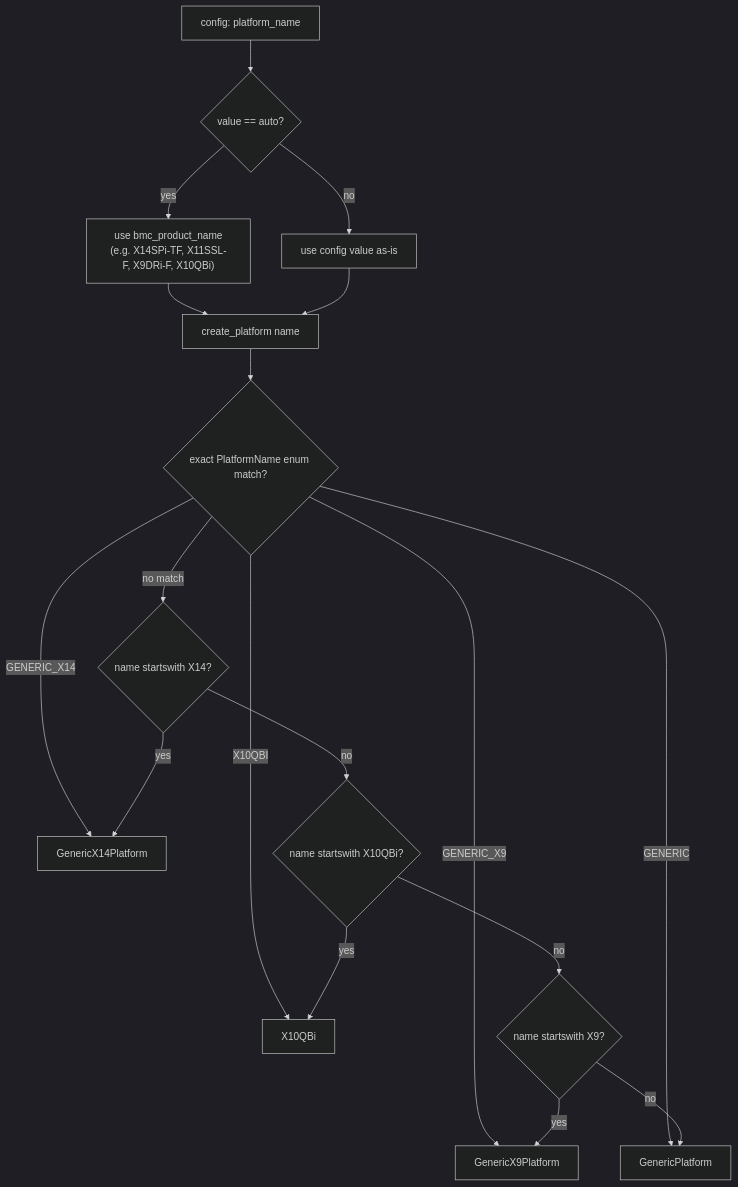
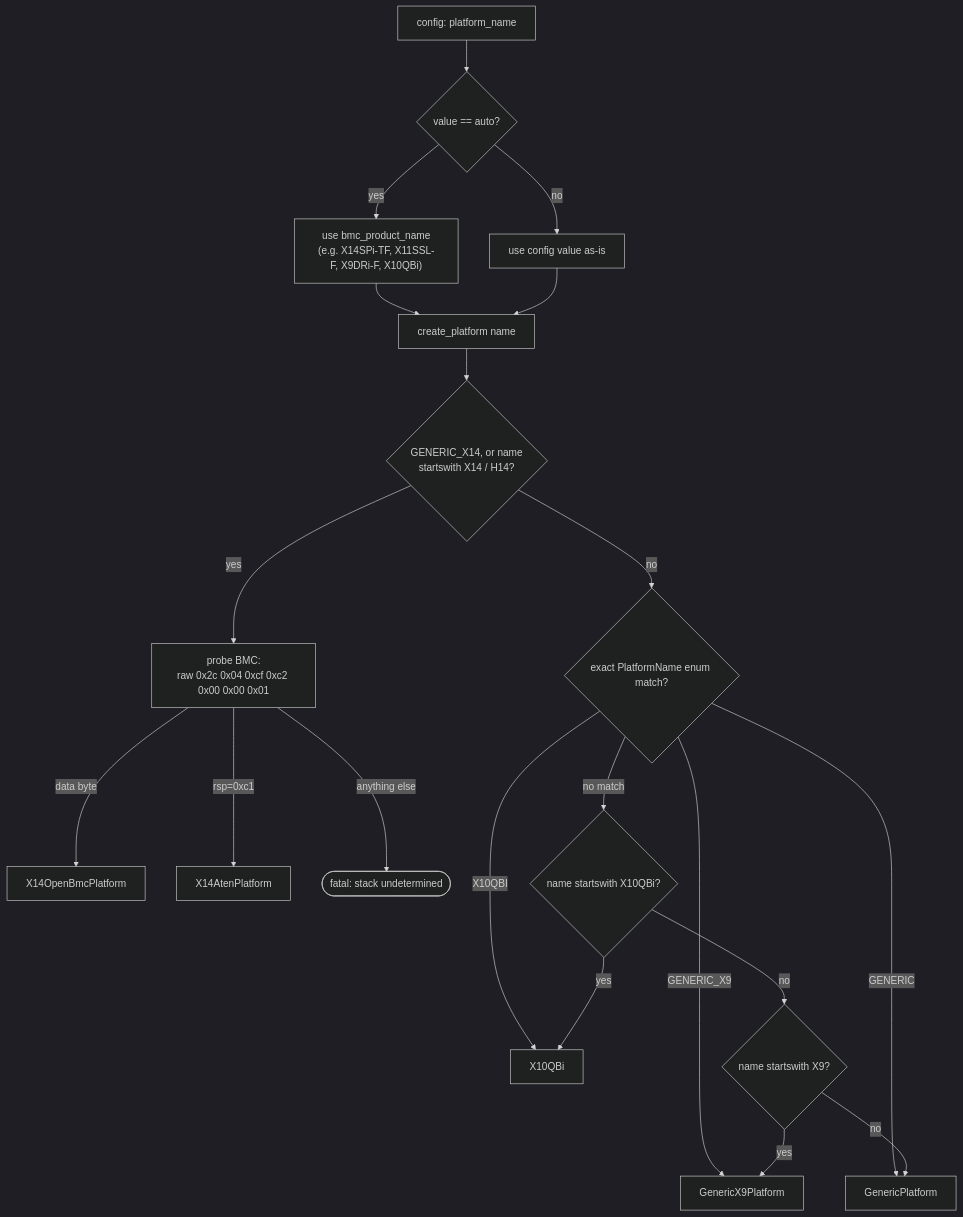
The third of 11 diagrams in ARCHITECTURE.md (petersulyok/smfc), drawn with Mermaid (dark theme) before and after one commit. The commit also changed other lines of this file and 23 other files, not shown here.

````diff
--- a/ARCHITECTURE.md
+++ b/ARCHITECTURE.md
@@ -281,20 +283,22 @@
 ```mermaid
 flowchart TD
     A[config: platform_name] --> B{value == auto?}
     B -- yes --> C["use bmc_product_name<br/>(e.g. X14SPi-TF, X11SSL-F, X9DRi-F, X10QBi)"]
     B -- no --> D[use config value as-is]
     C --> F[create_platform name]
     D --> F
-    F --> I{exact PlatformName enum match?}
-    I -- GENERIC_X14 --> X14[GenericX14Platform]
+    F --> K{GENERIC_X14, or name<br/>startswith X14 / H14?}
+    K -- yes --> P["probe BMC:<br/>raw 0x2c 0x04 0xcf 0xc2 0x00 0x00 0x01"]
+    P -- data byte --> XOB[X14OpenBmcPlatform]
+    P -- rsp=0xc1 --> XAT[X14AtenPlatform]
+    P -- anything else --> ERR([fatal: stack undetermined])
+    K -- no --> I{exact PlatformName enum match?}
     I -- GENERIC_X9 --> X9[GenericX9Platform]
     I -- X10QBI --> XQ[X10QBi]
     I -- GENERIC --> GP[GenericPlatform]
-    I -- no match --> G{name startswith X14?}
-    G -- yes --> X14
-    G -- no --> J{name startswith X10QBi?}
+    I -- no match --> J{name startswith X10QBi?}
     J -- yes --> XQ
     J -- no --> H{name startswith X9?}
     H -- yes --> X9
     H -- no --> GP
 ```
````
